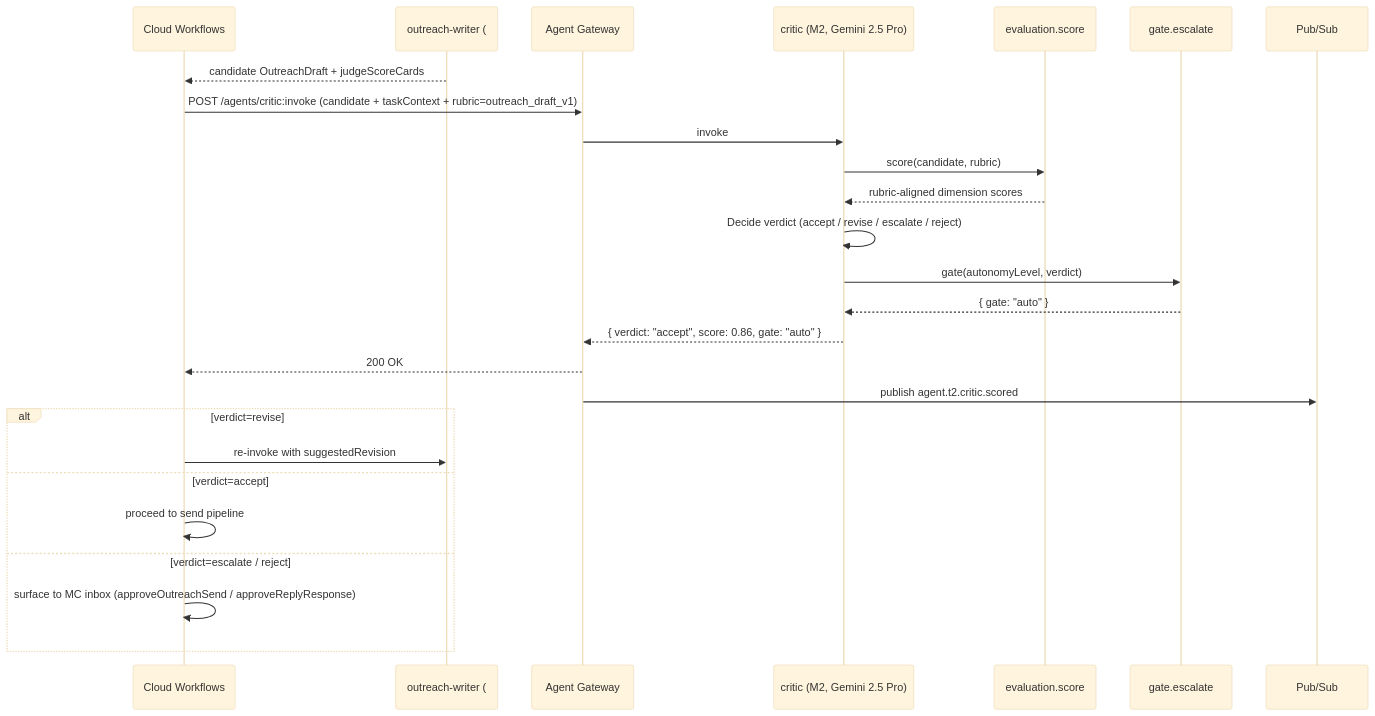
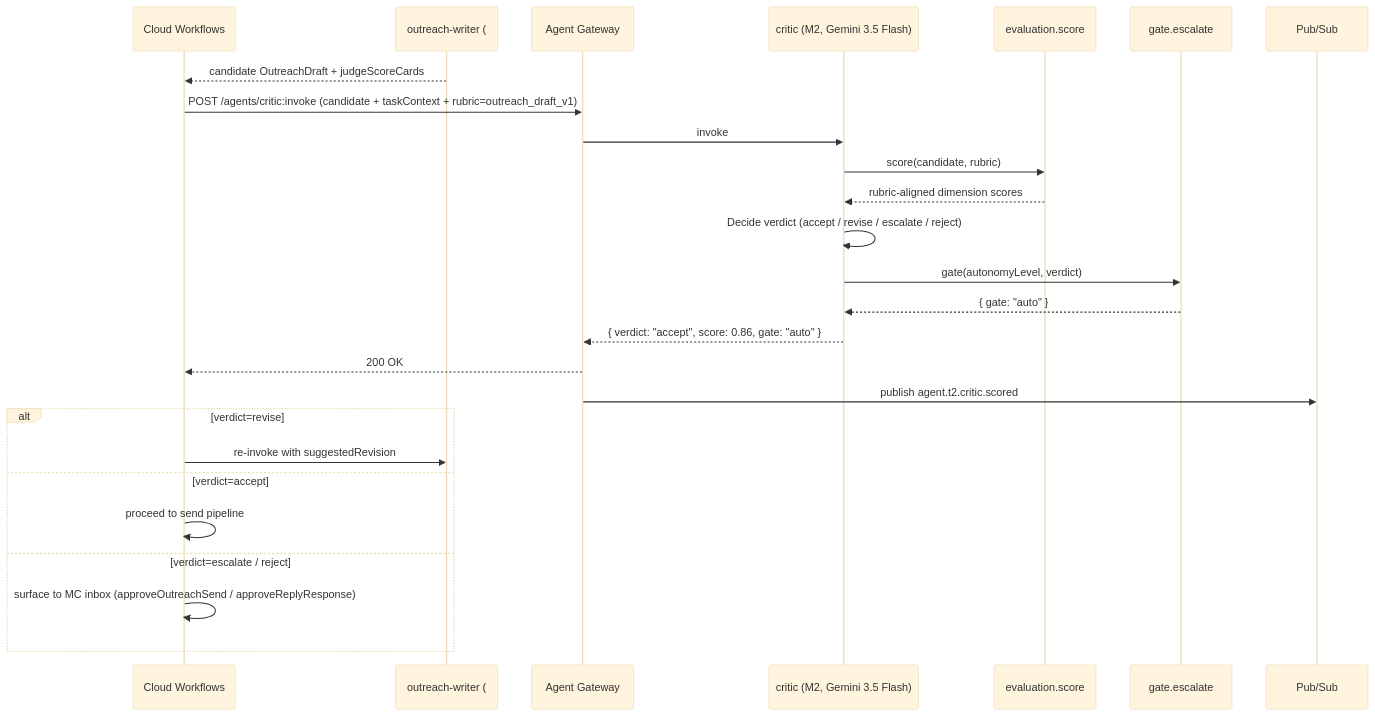
One commit to Two-Weeks-Team/social-seeding-v2-public changed the diagram in gcp-research/specs/tier2/critic.spec.md. Above: the diagram before and after it, drawn with Mermaid (base theme). The commit also changed other lines of this file and 30 other files, not shown here.

````diff
--- a/gcp-research/specs/tier2/critic.spec.md
+++ b/gcp-research/specs/tier2/critic.spec.md
@@ -121,29 +121,29 @@
 ```mermaid
 sequenceDiagram
   participant WF as Cloud Workflows
   participant OW as outreach-writer (#3, Tier-1)
   participant AG as Agent Gateway
-  participant CR as critic (M2, Gemini 2.5 Pro)
+  participant CR as critic (M2, Gemini 3.5 Flash)
   participant EV as evaluation.score
   participant GA as gate.escalate
   participant PS as Pub/Sub
 
   OW-->>WF: candidate OutreachDraft + judgeScoreCards
   WF->>AG: POST /agents/critic:invoke (candidate + taskContext + rubric=outreach_draft_v1)
   AG->>CR: invoke
   CR->>EV: score(candidate, rubric)
   EV-->>CR: rubric-aligned dimension scores
   CR->>CR: Decide verdict (accept / revise / escalate / reject)
   CR->>GA: gate(autonomyLevel, verdict)
   GA-->>CR: { gate: "auto" }
   CR-->>AG: { verdict: "accept", score: 0.86, gate: "auto" }
   AG-->>WF: 200 OK
   AG->>PS: publish agent.t2.critic.scored
   alt verdict=revise
     WF->>OW: re-invoke with suggestedRevision
   else verdict=accept
     WF->>WF: proceed to send pipeline
   else verdict=escalate / reject
     WF->>WF: surface to MC inbox (approveOutreachSend / approveReplyResponse)
   end
 ```
````
